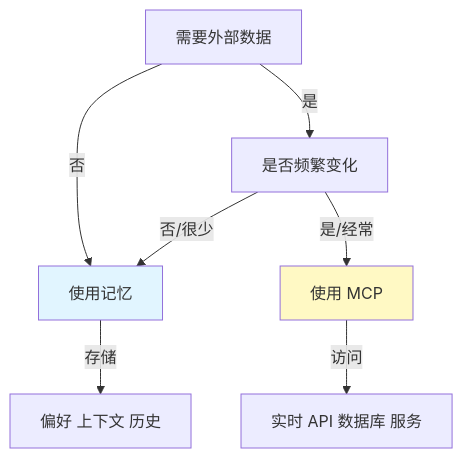
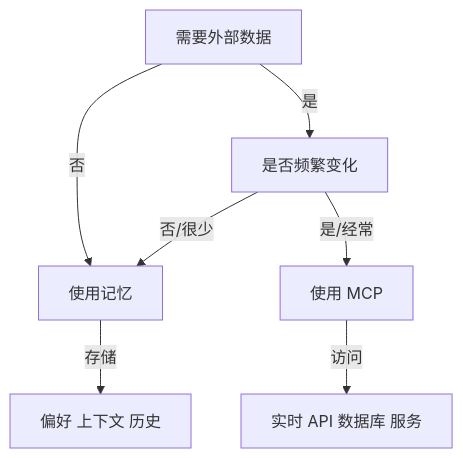
Diagram 15 of 31 in claude-howto-zh/claude_concepts_guide.md (Rx782-Fss/claude-howto-zh), drawn with Mermaid before and after one commit. The commit also changed other lines of this file and 9 other files, not shown here.

Commit message:
fix: 清除 Mermaid style 行(105处)和节点标签数字列表格式(17处)，修复 Obsidian/GitHub 'Unsupported markdown: list' 渲染错误

````diff
--- a/claude-howto-zh/claude_concepts_guide.md
+++ b/claude-howto-zh/claude_concepts_guide.md
@@ -1189,14 +1178,12 @@
 ```mermaid
 graph TD
     A["需要外部数据"]
     A -->|否| B["使用记忆"]
     A -->|是| C["是否频繁变化"]
     C -->|否/很少| B
     C -->|是/经常| D["使用 MCP"]
 
     B -->|存储| E["偏好 上下文 历史"]
     D -->|访问| F["实时 API 数据库 服务"]
 
-    style B fill:#e1f5ff
-    style D fill:#fff9c4
 ```
````
